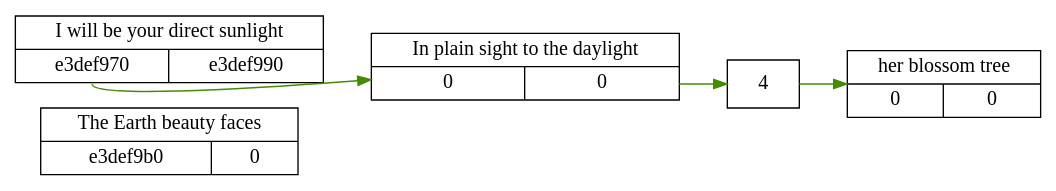
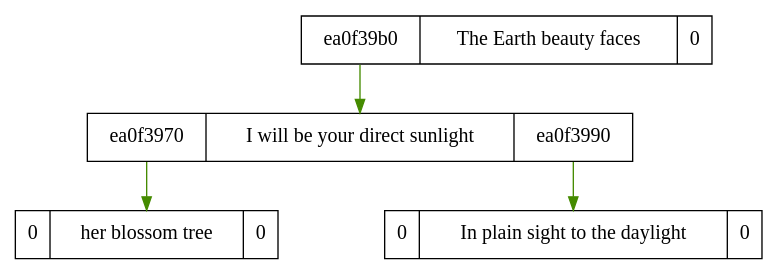
One commit to akudrinsky/tree changed the diagram in cmake-build-debug/tree_graph.dot. Above: the diagram before and after it, drawn with Graphviz. The commit also changed 6 other files, not shown here.

```diff
--- a/cmake-build-debug/tree_graph.dot
+++ b/cmake-build-debug/tree_graph.dot
@@ -1,12 +1,11 @@
 digraph G{
 	edge[color="chartreuse4",fontcolor="blue",fontsize=12];
 	node[shape="rectangle",fontsize=15];
-	rankdir=LR;
-	1 [shape=record,label="  The Earth beauty faces| { <f0> e3def9b0 | <f1> 0}" ];
-	2 [shape=record,label="  I will be your direct sunlight| { <f0> e3def970 | <f1> e3def990}" ];
-	3 [shape=record,label="  In plain sight to the daylight| { <f0> 0 | <f1> 0}" ];
-		3:<f1> -> 4
-	5 [shape=record,label="  her blossom tree| { <f0> 0 | <f1> 0}" ];
-		4:<f0> -> 5
-		2:<f0> -> 3
+	1 [shape=record,label="  <f0> ea0f39b0| The Earth beauty faces | <f1> 0" ];
+	2 [shape=record,label="  <f0> ea0f3970| I will be your direct sunlight | <f1> ea0f3990" ];
+	4 [shape=record,label="  <f0> 0| her blossom tree | <f1> 0" ];
+		2:<f0> -> 4
+	5 [shape=record,label="  <f0> 0| In plain sight to the daylight | <f1> 0" ];
+		2:<f1> -> 5
+		1:<f0> -> 2
 }
```
